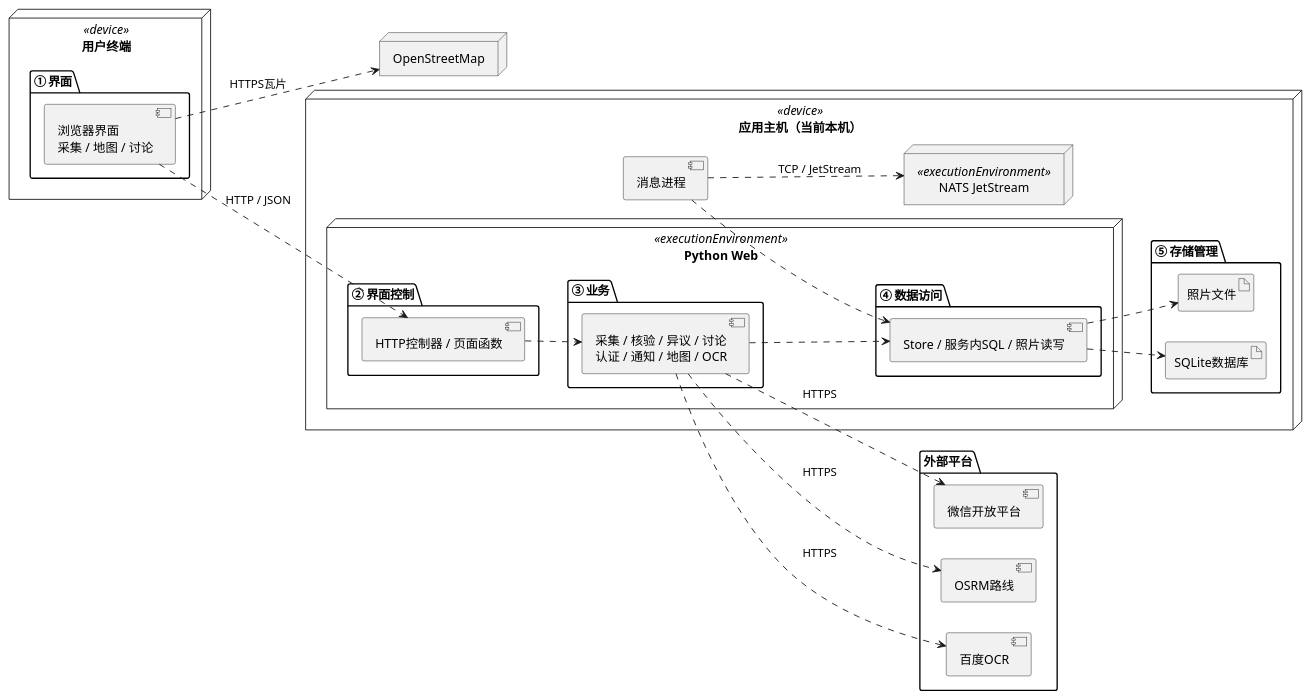
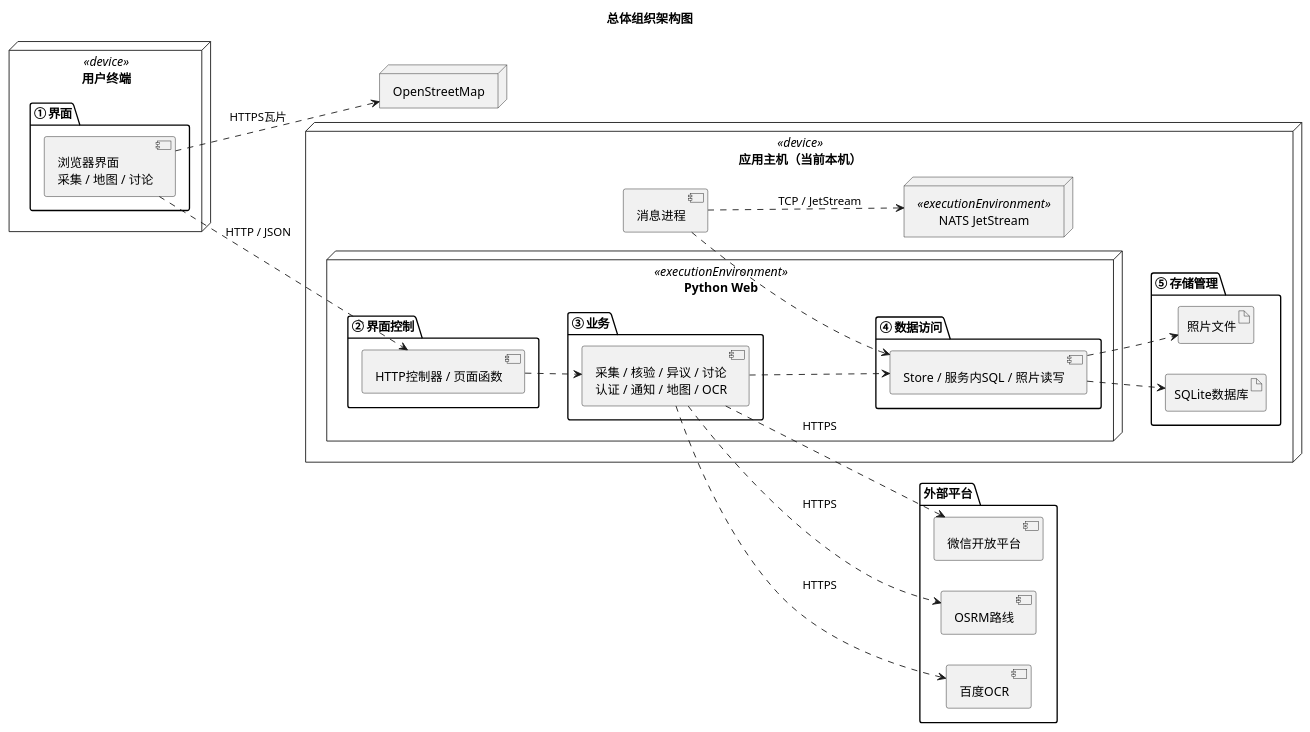
Before and after one commit to Florian-yang/mapqc-sadp-practice: the diagram in docs/diagrams/system-components.puml, drawn with PlantUML. The commit also changed 10 other files, not shown here.

Commit message:
Align report with architecture diagram and solution mapping requirements

```diff
--- a/docs/diagrams/system-components.puml
+++ b/docs/diagrams/system-components.puml
@@ -1,47 +1,48 @@
 @startuml
+title 总体组织架构图
 skinparam componentStyle uml2
 skinparam shadowing false
 skinparam defaultFontName Microsoft YaHei
 left to right direction
 node "用户终端" <<device>> {
   package "① 界面" {
     component "浏览器界面\n采集 / 地图 / 讨论" as UI
   }
 }
 node "应用主机（当前本机）" <<device>> {
   node "Python Web" <<executionEnvironment>> {
     package "② 界面控制" {
       component "HTTP控制器 / 页面函数" as HTTP
     }
     package "③ 业务" {
       component "采集 / 核验 / 异议 / 讨论\n认证 / 通知 / 地图 / OCR" as Business
     }
     package "④ 数据访问" {
       component "Store / 服务内SQL / 照片读写" as Access
     }
   }
   component "消息进程" as Msg
   node "NATS JetStream" <<executionEnvironment>> as MQ
   package "⑤ 存储管理" {
     artifact "SQLite数据库" as DB
     artifact "照片文件" as Photo
   }
 }
 package "外部平台" {
   component "微信开放平台" as WX
   component "OSRM路线" as OSRM
   component "百度OCR" as OCR
 }
 node "OpenStreetMap" as OSM
 UI ..> HTTP : HTTP / JSON
 UI ..> OSM : HTTPS瓦片
 HTTP ..> Business
 Business ..> Access
 Business ..> WX : HTTPS
 Business ..> OSRM : HTTPS
 Business ..> OCR : HTTPS
 Access ..> DB
 Access ..> Photo
 Msg ..> Access
 Msg ..> MQ : TCP / JetStream
 @enduml
```
